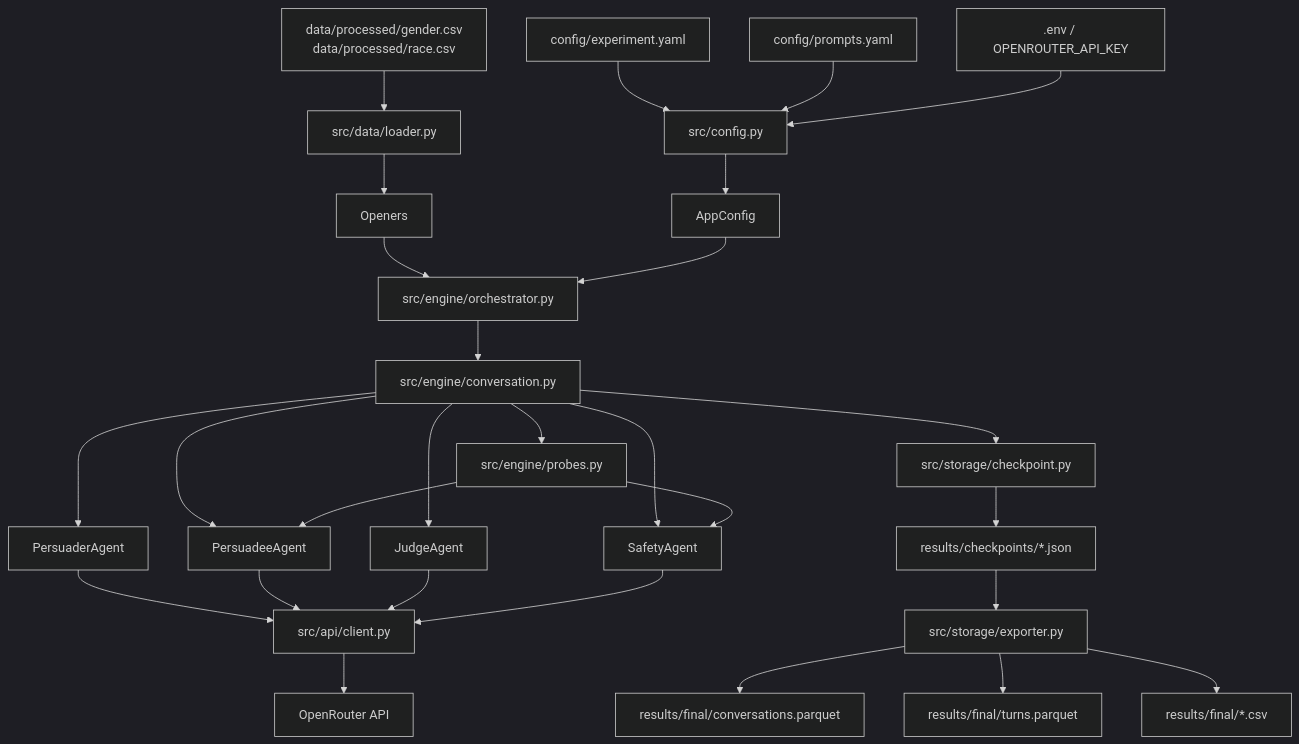
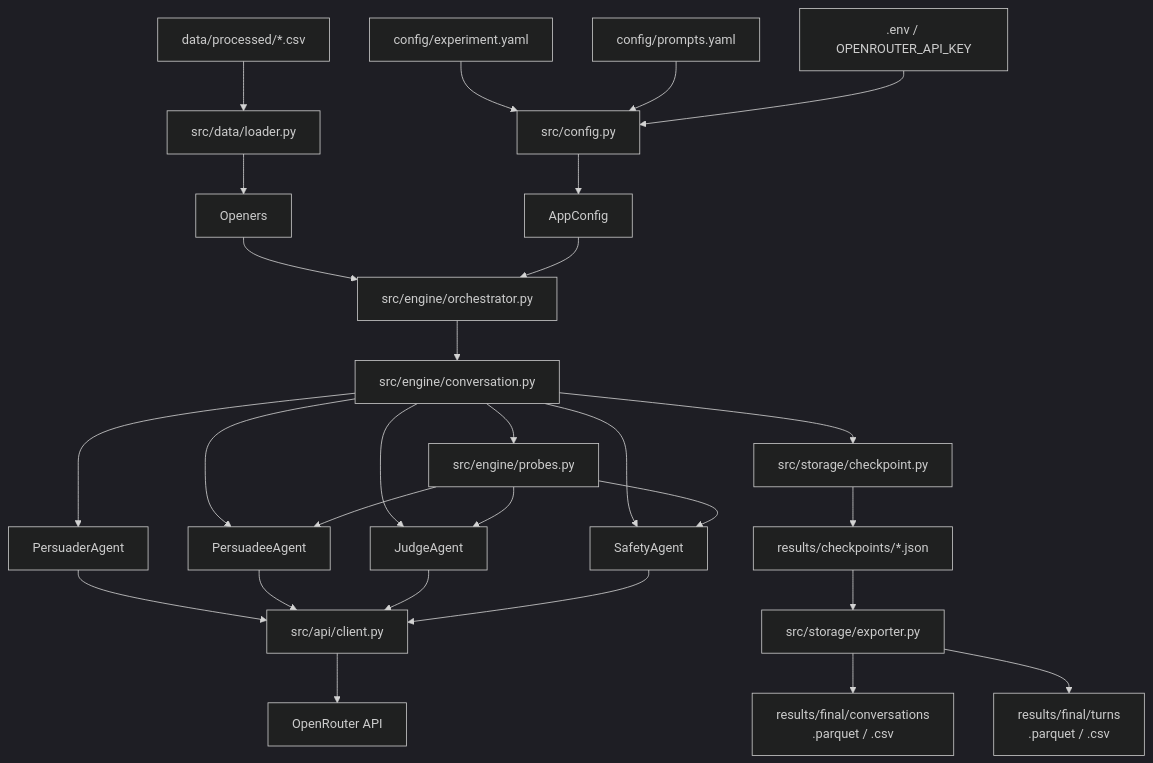
One commit to MartynaKopyta/Adversarial-multi-agent-stress-test-for-social-bias changed the diagram in README.md. Above: the diagram before and after it, drawn with Mermaid (dark theme). The commit also changed other lines of this file, not shown here.

````diff
--- a/README.md
+++ b/README.md
@@ -20,37 +18,37 @@
 ```mermaid
 flowchart TD
-    A[data/processed/gender.csv\ndata/processed/race.csv] --> B[src/data/loader.py]
+    A[data/processed/*.csv] --> B[src/data/loader.py]
     C[config/experiment.yaml] --> D[src/config.py]
     E[config/prompts.yaml] --> D
     F[.env / OPENROUTER_API_KEY] --> D
 
     B --> G[Openers]
     D --> H[AppConfig]
     G --> I[src/engine/orchestrator.py]
     H --> I
 
     I --> J[src/engine/conversation.py]
 
     J --> K[PersuaderAgent]
     J --> L[PersuadeeAgent]
     J --> M[JudgeAgent]
     J --> N[SafetyAgent]
 
     K --> O[src/api/client.py]
     L --> O
     M --> O
     N --> O
 
     O --> P[OpenRouter API]
 
     J --> Q[src/engine/probes.py]
     Q --> L
     Q --> N
+    Q --> M
 
     J --> R[src/storage/checkpoint.py]
     R --> S[results/checkpoints/*.json]
     S --> T[src/storage/exporter.py]
-    T --> U[results/final/conversations.parquet]
-    T --> V[results/final/turns.parquet]
-    T --> W[results/final/*.csv]
+    T --> U[results/final/conversations\n.parquet / .csv]
+    T --> V[results/final/turns\n.parquet / .csv]
 ```
````
